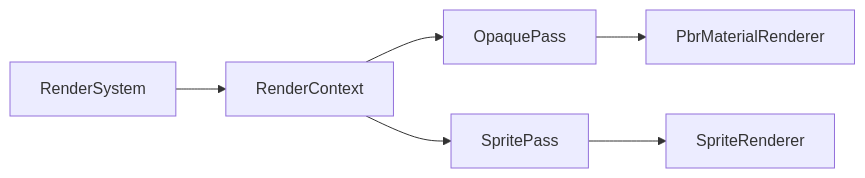
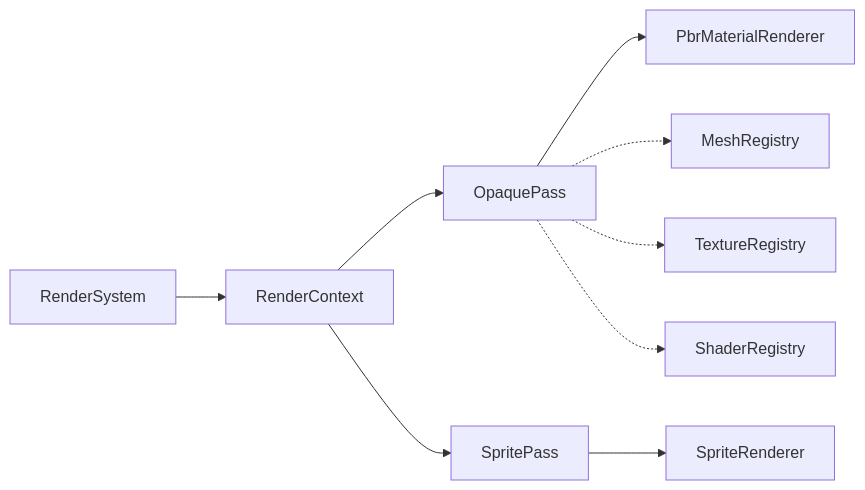
The second of 9 diagrams in README.md (Chapslock/neon-racer), drawn with Mermaid before and after one commit. The commit also changed other lines of this file, not shown here.

Commit message:
docs: update README with refactored architecture diagrams

````diff
--- a/README.md
+++ b/README.md
@@ -37,8 +36,11 @@
 ```mermaid
 graph LR
     RS[RenderSystem] --> RCtx[RenderContext]
     RCtx --> OP[OpaquePass]
     RCtx --> SP[SpritePass]
     OP --> PBR[PbrMaterialRenderer]
-    SP --> SR[SpriteRenderer]
+    SP --> SRen[SpriteRenderer]
+    OP -.-> MR[MeshRegistry]
+    OP -.-> TR[TextureRegistry]
+    OP -.-> SR[ShaderRegistry]
 ```
````
